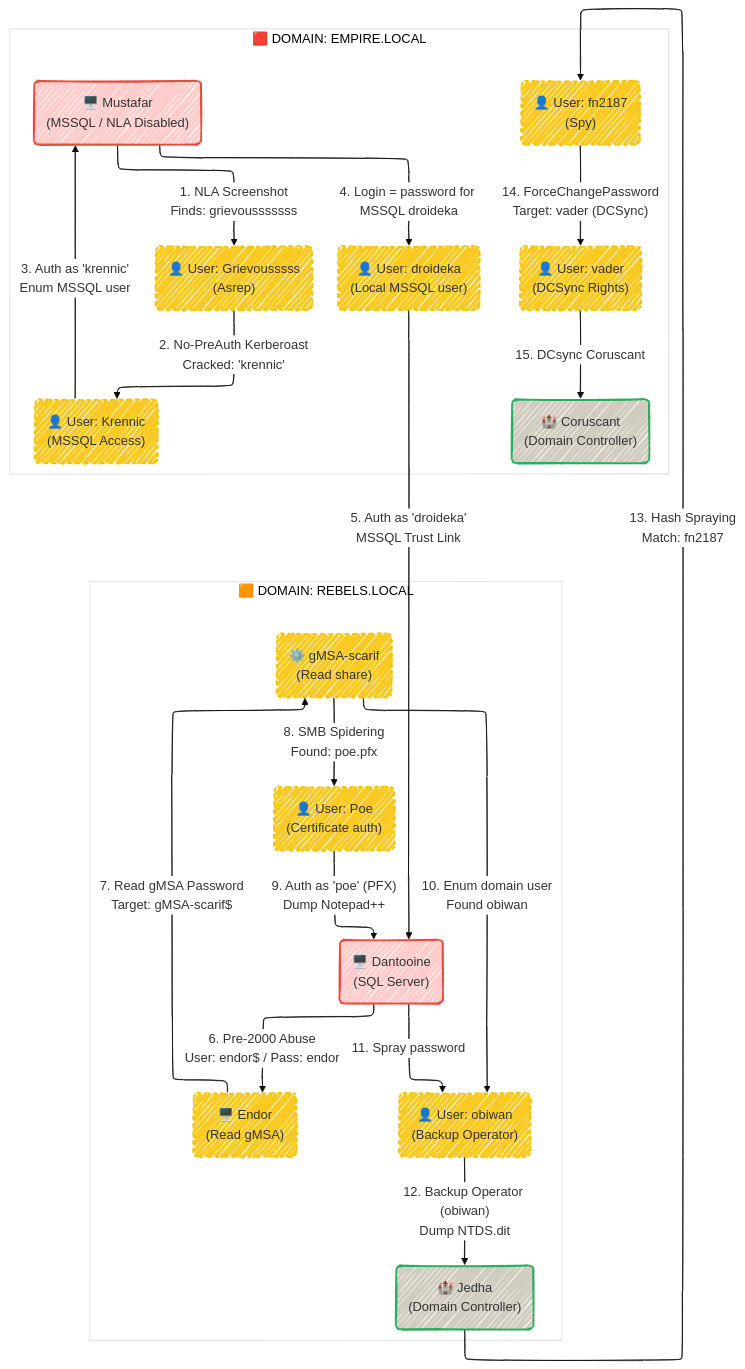
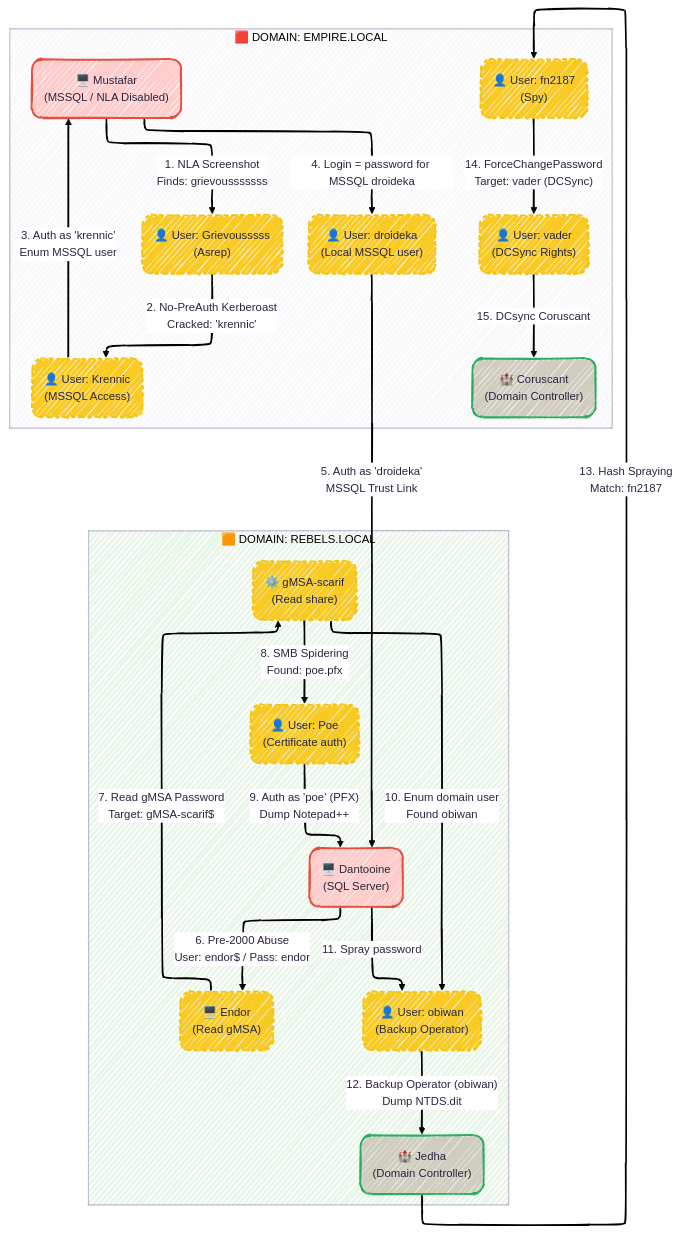
The diagram in LeHack-2025/graph.mmd (Pennyw0rth/NetExec-Lab), drawn with Mermaid before and after one commit.

Commit message:
Change theme from base to redux in graph.mmd

```diff
--- a/LeHack-2025/graph.mmd
+++ b/LeHack-2025/graph.mmd
@@ -1,61 +1,62 @@
 ---
 config:
-  theme: base
+  theme: redux
   themeVariables:
-    primaryColor: '#ffcccc'
+    primaryColor: '#fff'
     edgeLabelBackground: '#fff'
     tertiaryColor: '#fff'
   look: handDrawn
   layout: elk
 ---
 flowchart TB
  subgraph Empire_Local["🟥 DOMAIN: EMPIRE.LOCAL"]
         Mustafar("🖥️ Mustafar<br>(MSSQL / NLA Disabled)")
         Coruscant("🏰 Coruscant<br>(Domain Controller)")
         Grievousssss("👤 User: Grievousssss<br>(Asrep)")
         Krennic("👤 User: Krennic<br>(MSSQL Access)")
         droideka("👤 User: droideka<br>(Local MSSQL user)")
         fn2187("👤 User: fn2187<br>(Spy)")
         vader("👤 User: vader<br>(DCSync Rights)")
   end
  subgraph Rebels_Local["🟧 DOMAIN: REBELS.LOCAL"]
         Dantooine("🖥️ Dantooine<br>(SQL Server)")
         Jedha("🏰 Jedha<br>(Domain Controller)")
         Endor("🖥️ Endor<br>(Read gMSA)")
         gMSA-scarif("⚙️ gMSA-scarif<br>(Read share)")
         Poe("👤 User: Poe<br>(Certificate auth)")
         obiwan("👤 User: obiwan<br>(Backup Operator)")
   end
     Mustafar -- "1. NLA Screenshot<br>Finds: grievousssssss" --> Grievousssss
     Grievousssss -- "2. No-PreAuth Kerberoast<br>Cracked: 'krennic'" --> Krennic
     Krennic -- "3. Auth as 'krennic'<br>Enum MSSQL user" --> Mustafar
     Mustafar -- "4. Login = password for MSSQL droideka" --> droideka
     droideka -- "5. Auth as 'droideka'<br>MSSQL Trust Link" --> Dantooine
     Dantooine -- "6. Pre-2000 Abuse<br>User: endor$ / Pass: endor" --> Endor
     Endor -- "7. Read gMSA Password<br>Target: gMSA-scarif$" --> gMSA-scarif
     gMSA-scarif -- "8. SMB Spidering<br>Found: poe.pfx" --> Poe
     Poe -- "9. Auth as 'poe' (PFX)<br>Dump Notepad++" --> Dantooine
     gMSA-scarif -- "10. Enum domain user<br>Found obiwan" --> obiwan
     Dantooine -- "11. Spray password" --> obiwan
     obiwan -- "12. Backup Operator (obiwan)<br>Dump NTDS.dit" --> Jedha
     Jedha -- "13. Hash Spraying<br>Match: fn2187" --> fn2187
     fn2187 -- "14. ForceChangePassword<br>Target: vader (DCSync)" --> vader
     vader -- "15. DCsync Coruscant" --> Coruscant
 
      Mustafar:::target
      Coruscant:::dc
      Grievousssss:::loot
      Krennic:::loot
      droideka:::loot
      fn2187:::loot
      vader:::loot
      Dantooine:::target
      Jedha:::dc
      Endor:::loot
      gMSA-scarif:::loot
      Poe:::loot
      obiwan:::loot
     classDef attacker fill:#fab1a0,stroke:#333,stroke-width:2px
     classDef target fill:#ffcccc,stroke:#e74c3c,stroke-width:2px
     classDef dc fill:#d1ccc0,stroke:#27ae60,stroke-width:2px
     classDef loot fill:#f9ca24,stroke:#f1c40f,stroke-width:2px,stroke-dasharray: 5 5
+    style Rebels_Local fill:#E9F5E9
```
